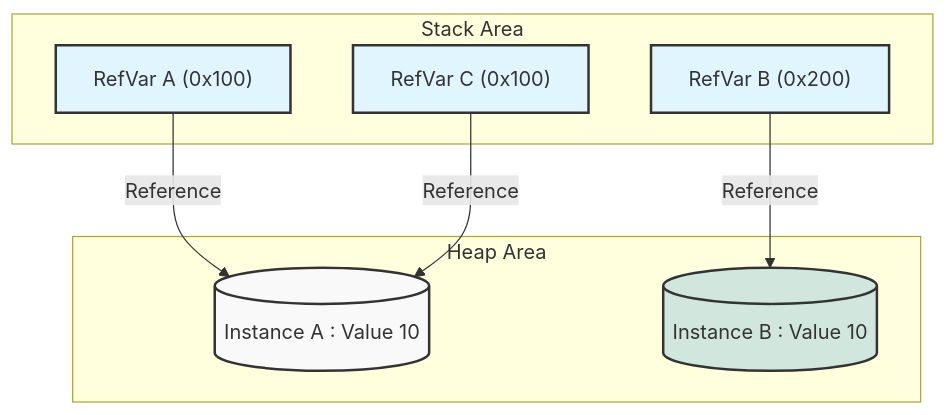
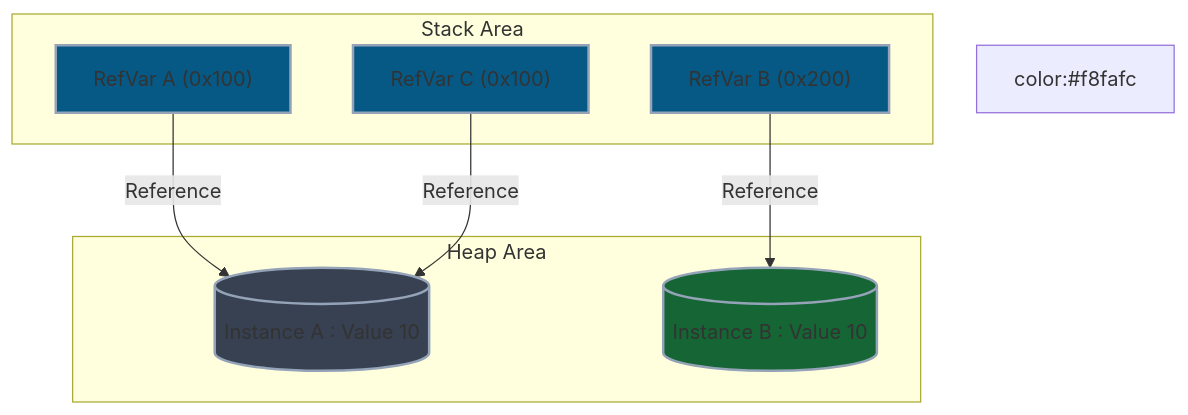
Before and after one commit to Kang-Hyesung/kang-hyesung.github.io: the first of 2 diagrams in _posts/java/08-gc/2026-01-21-object-클래스와-동등성,-동일성.md, drawn with Mermaid. The commit also changed other lines of this file and 74 other files, not shown here.

Commit message:
docs: update post visibility and mermaid colors

````diff
--- a/_posts/java/08-gc/2026-01-21-object-클래스와-동등성,-동일성.md
+++ b/_posts/java/08-gc/2026-01-21-object-클래스와-동등성,-동일성.md
@@ -18,26 +18,26 @@
 ```mermaid
 flowchart TD
     subgraph StackArea [Stack Area]
         RefA["RefVar A (0x100)"]
         RefB["RefVar B (0x200)"]
         RefC["RefVar C (0x100)"]
     end
 
     subgraph HeapArea [Heap Area]
         Obj1[("Instance A : Value 10")]
         Obj2[("Instance B : Value 10")]
     end
 
     RefA -->|Reference| Obj1
     RefB -->|Reference| Obj2
     RefC -->|Reference| Obj1
 
     %% 스타일 정의
-    classDef stack fill:#e1f5fe,stroke:#333,stroke-width:2px;
-    classDef heap fill:#f9f9f9,stroke:#333,stroke-width:2px;
-    classDef heap2 fill:#d1e7dd,stroke:#333,stroke-width:2px;
+    classDef stack fill:#075985,stroke:#94a3b8,stroke-width:2px;color:#f8fafc;
+    classDef heap fill:#374151,stroke:#94a3b8,stroke-width:2px;color:#f8fafc;
+    classDef heap2 fill:#166534,stroke:#94a3b8,stroke-width:2px;color:#f8fafc;
 
     class RefA,RefB,RefC stack;
     class Obj1 heap;
     class Obj2 heap2;
 ```
````
